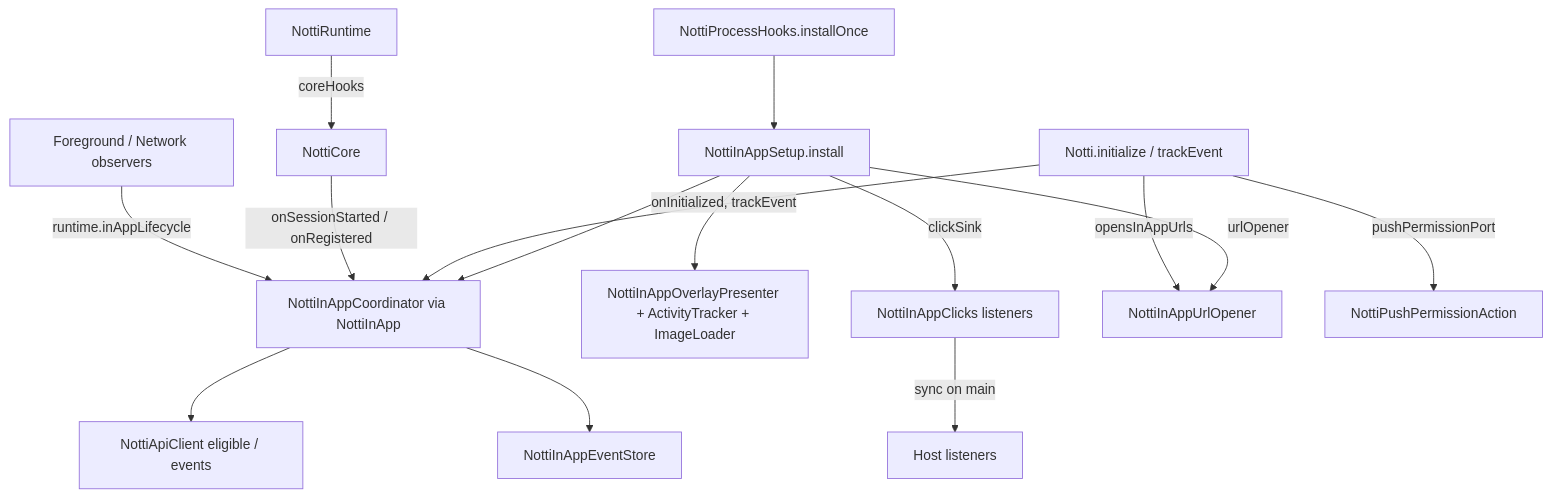
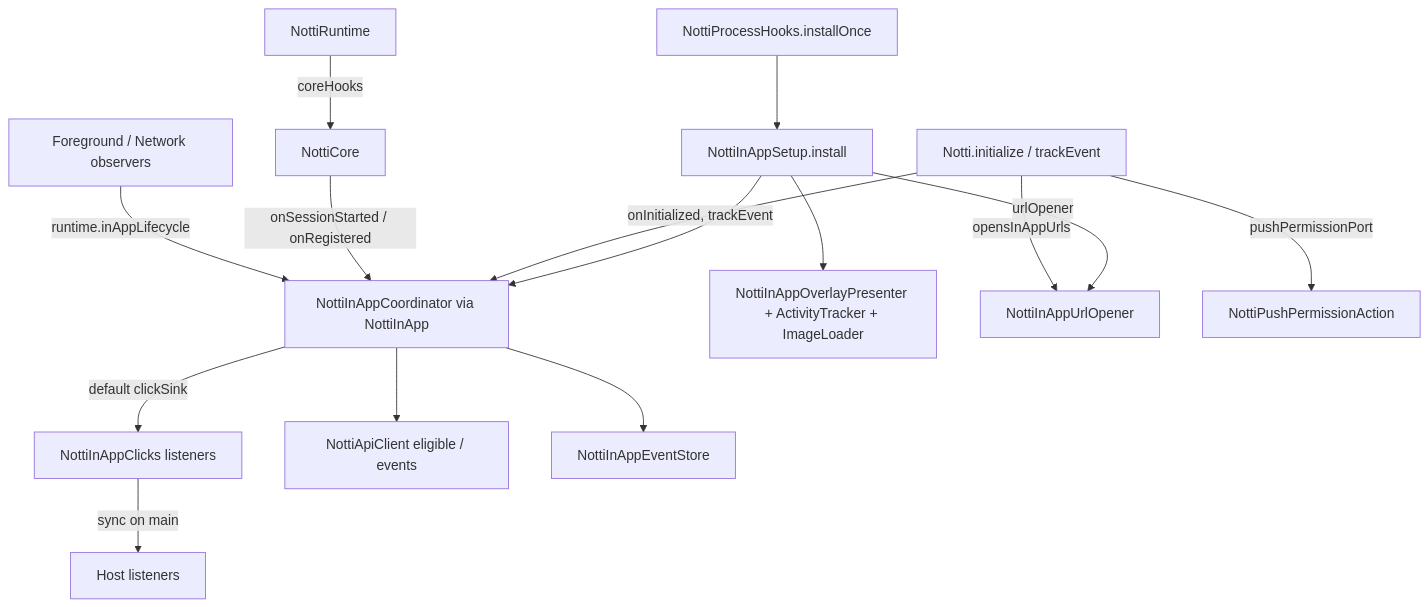
Before and after one commit to zeeplabs/zeep-notti-android-sdk: the diagram in .specs/features/in-app-messages/design.md, drawn with Mermaid. The commit also changed other lines of this file and 11 other files, not shown here.

First line of the commit message:
feat(inapp): deliver In-App clicks to host listeners

````diff
--- a/.specs/features/in-app-messages/design.md
+++ b/.specs/features/in-app-messages/design.md
@@ -12,17 +12,17 @@
 ```mermaid
 graph TD
     Hooks[NottiProcessHooks.installOnce] --> Setup[NottiInAppSetup.install]
     Setup --> Coord[NottiInAppCoordinator via NottiInApp]
     Setup --> Presenter[NottiInAppOverlayPresenter + ActivityTracker + ImageLoader]
-    Setup -->|clickSink| Clicks[NottiInAppClicks listeners]
+    Coord -->|default clickSink| Clicks[NottiInAppClicks listeners]
     Setup -->|urlOpener| Opener[NottiInAppUrlOpener]
     Notti[Notti.initialize / trackEvent] -->|onInitialized, trackEvent| Coord
     Notti -->|pushPermissionPort| Perm[NottiPushPermissionAction]
     Notti -->|opensInAppUrls| Opener
     Runtime[NottiRuntime] -->|coreHooks| Core[NottiCore]
     Core -->|onSessionStarted / onRegistered| Coord
     Obs[Foreground / Network observers] -->|runtime.inAppLifecycle| Coord
     Coord --> Api[NottiApiClient eligible / events]
     Coord --> Store[NottiInAppEventStore]
     Clicks -->|sync on main| Host[Host listeners]
 ```
````
